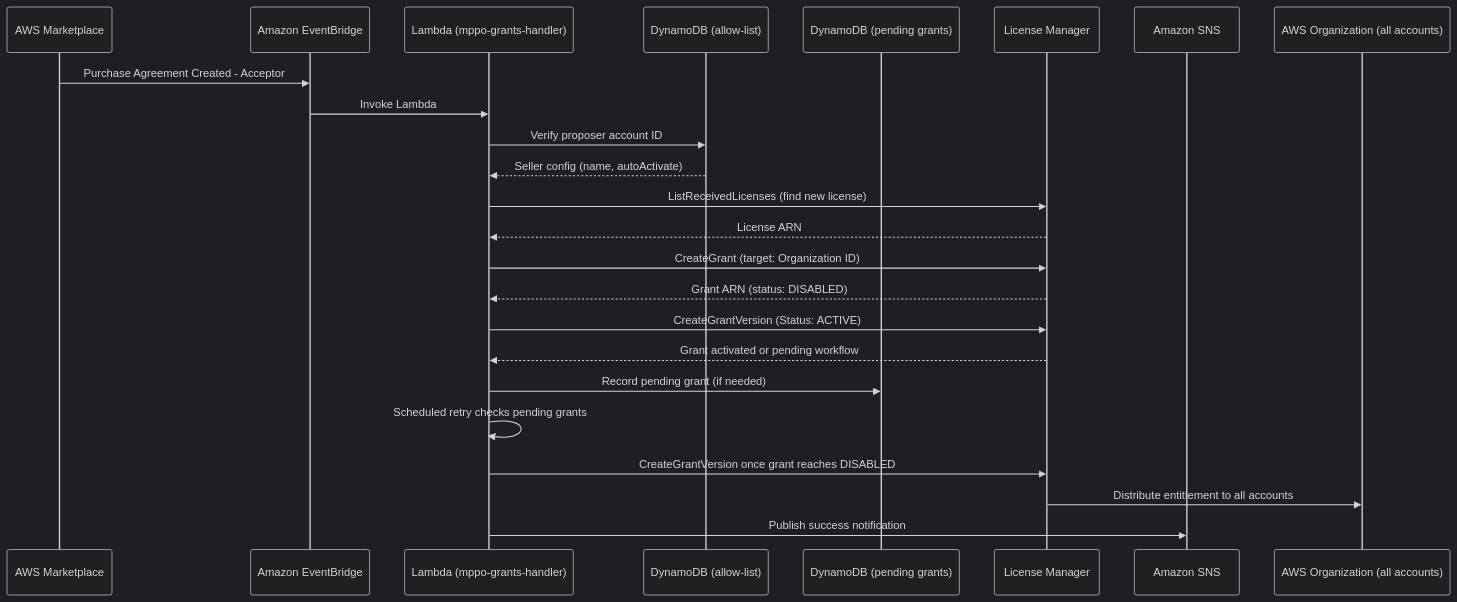
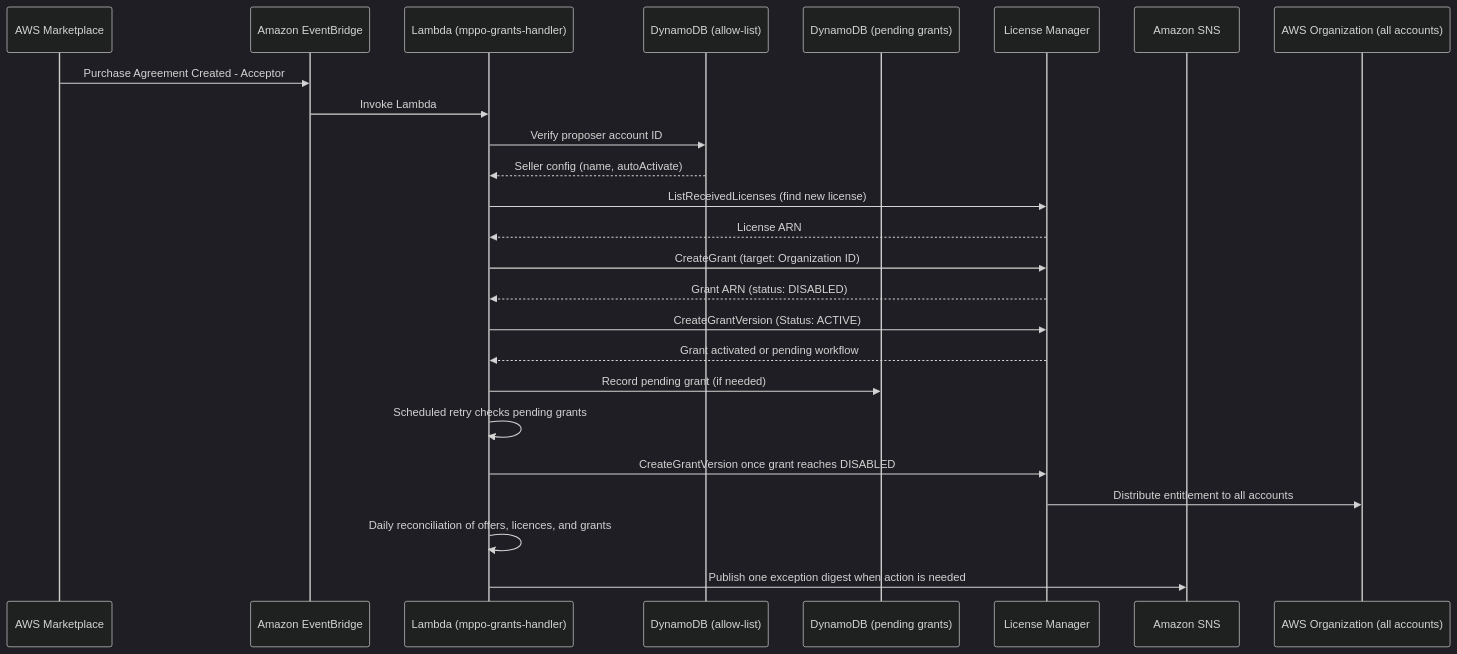
Before and after one commit to aws-samples/sample-bedrock-managed-entitlements: the diagram in README.md, drawn with Mermaid (dark theme). The commit also changed other lines of this file and 20 other files, not shown here.

Commit message:
Add entitlement reconciliation and exception alerts

````diff
--- a/README.md
+++ b/README.md
@@ -214,27 +230,28 @@
 ```mermaid
 sequenceDiagram
     participant MP as AWS Marketplace
     participant EB as Amazon EventBridge
     participant LF as Lambda (mppo-grants-handler)
     participant DB as DynamoDB (allow-list)
     participant PDB as DynamoDB (pending grants)
     participant LM as License Manager
     participant SNS as Amazon SNS
     participant ORG as AWS Organization (all accounts)
 
     MP->>EB: Purchase Agreement Created - Acceptor
     EB->>LF: Invoke Lambda
     LF->>DB: Verify proposer account ID
     DB-->>LF: Seller config (name, autoActivate)
     LF->>LM: ListReceivedLicenses (find new license)
     LM-->>LF: License ARN
     LF->>LM: CreateGrant (target: Organization ID)
     LM-->>LF: Grant ARN (status: DISABLED)
     LF->>LM: CreateGrantVersion (Status: ACTIVE)
     LM-->>LF: Grant activated or pending workflow
     LF->>PDB: Record pending grant (if needed)
     LF->>LF: Scheduled retry checks pending grants
     LF->>LM: CreateGrantVersion once grant reaches DISABLED
     LM->>ORG: Distribute entitlement to all accounts
-    LF->>SNS: Publish success notification
+    LF->>LF: Daily reconciliation of offers, licences, and grants
+    LF->>SNS: Publish one exception digest when action is needed
 ```
````
